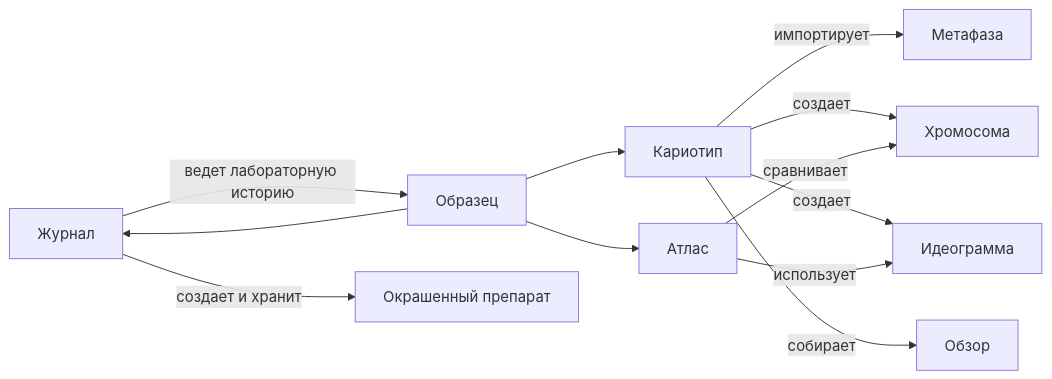
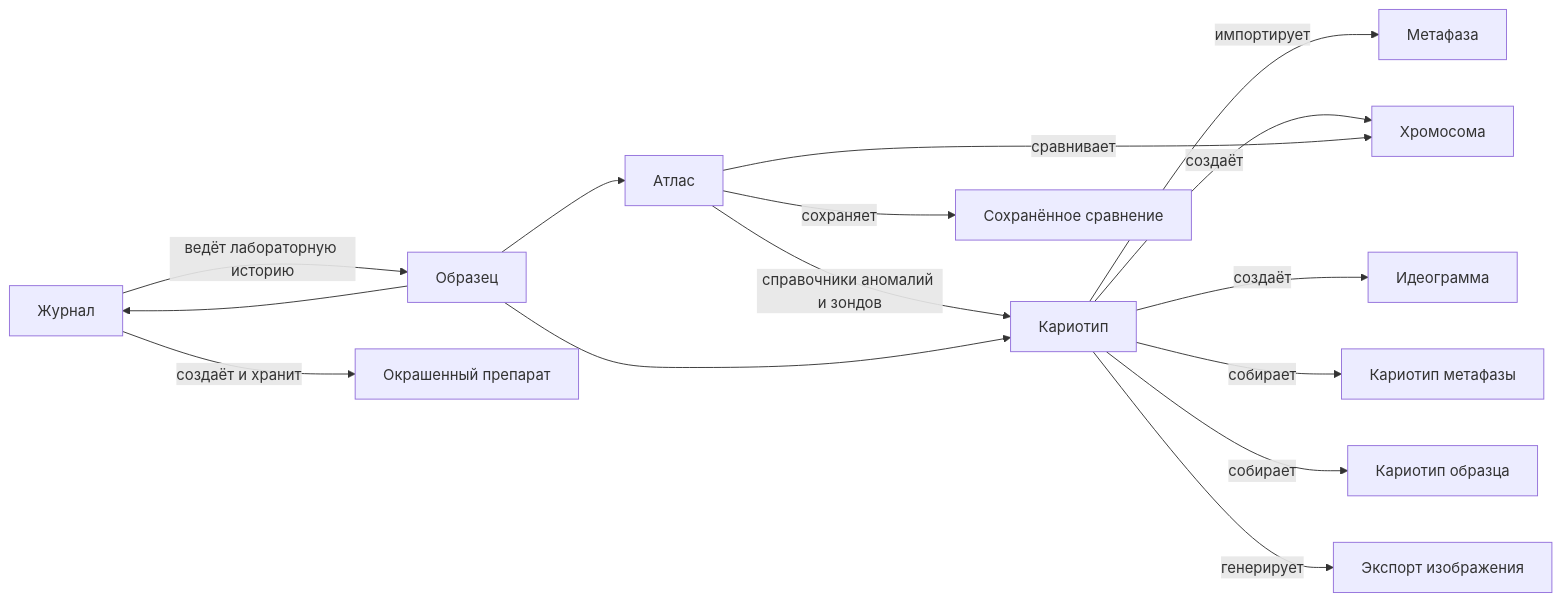
Before and after one commit to Sycheslav/karyolab: the diagram in docs/кариотип/12_границы_с_журналом_и_атласом.md, drawn with Mermaid. The commit also changed other lines of this file and 174 other files, not shown here.

Commit message:
Remove unused canvas file, update graph scaling in configuration, and enhance documentation on karyotype and anomaly classifications. Introduce saved comparison feature for better data management and improve event handling in the workflow.

````diff
--- a/docs/кариотип/12_границы_с_журналом_и_атласом.md
+++ b/docs/кариотип/12_границы_с_журналом_и_атласом.md
@@ -11,24 +11,30 @@
 ```mermaid
 flowchart LR
     Journal["Журнал"]
     Karyotype["Кариотип"]
     Atlas["Атлас"]
     Sample["Образец"]
     StainedPreparation["Окрашенный препарат"]
     Metaphase["Метафаза"]
     Chromosome["Хромосома"]
     Ideogram["Идеограмма"]
-    Overview["Обзор"]
+    MetaphaseKaryotype["Кариотип метафазы"]
+    SampleKaryotype["Кариотип образца"]
+    Export["Экспорт изображения"]
+    Comparison["Сохранённое сравнение"]
 
-    Journal -->|"ведет лабораторную историю"| Sample
-    Journal -->|"создает и хранит"| StainedPreparation
+    Journal -->|"ведёт лабораторную историю"| Sample
+    Journal -->|"создаёт и хранит"| StainedPreparation
     Karyotype -->|"импортирует"| Metaphase
-    Karyotype -->|"создает"| Chromosome
-    Karyotype -->|"создает"| Ideogram
-    Karyotype -->|"собирает"| Overview
+    Karyotype -->|"создаёт"| Chromosome
+    Karyotype -->|"создаёт"| Ideogram
+    Karyotype -->|"собирает"| MetaphaseKaryotype
+    Karyotype -->|"собирает"| SampleKaryotype
+    Karyotype -->|"генерирует"| Export
+    Atlas -->|"справочники аномалий и зондов"| Karyotype
     Atlas -->|"сравнивает"| Chromosome
-    Atlas -->|"использует"| Ideogram
+    Atlas -->|"сохраняет"| Comparison
     Sample --> Journal
     Sample --> Karyotype
     Sample --> Atlas
 ```
````
